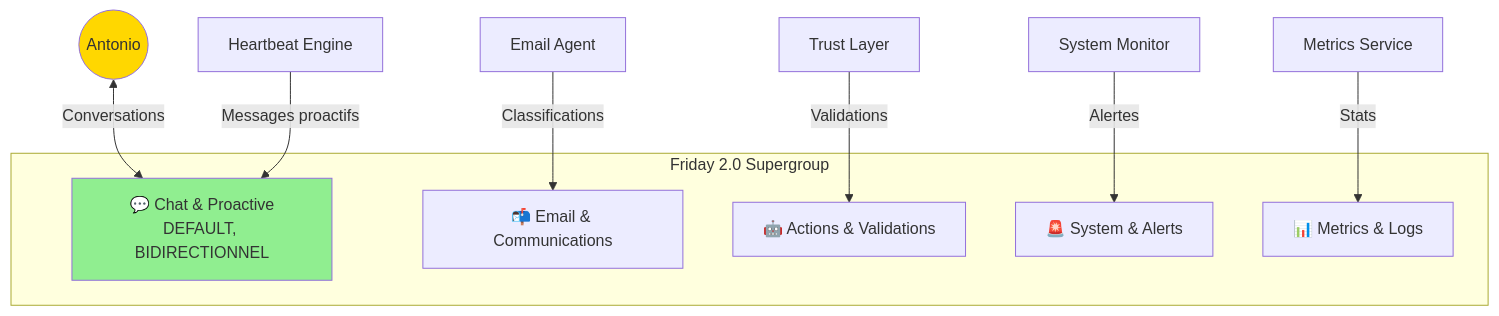
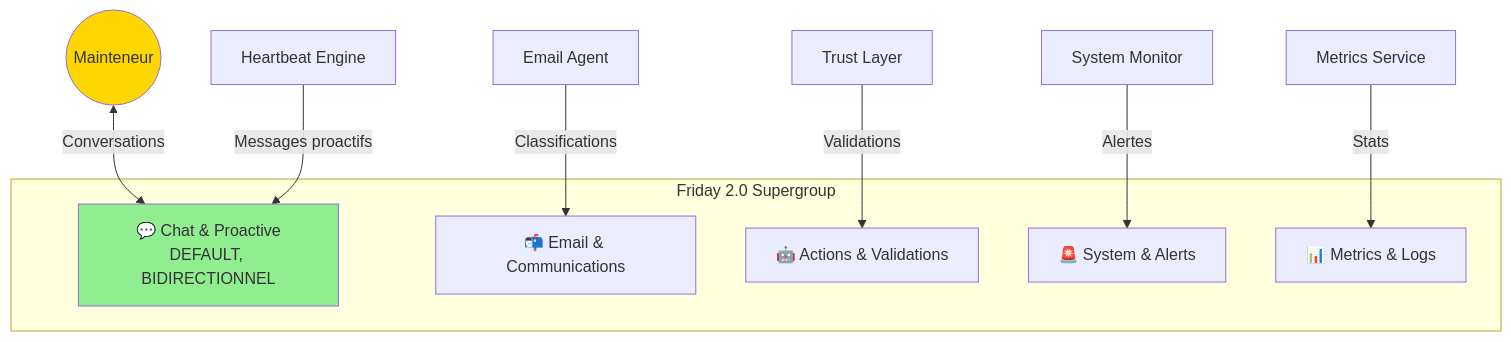
Before and after one commit to Masterplan16/Friday-2.0: the diagram in _docs/architecture-addendum-20260205.md, drawn with Mermaid. The commit also changed other lines of this file and 42 other files, not shown here.

````diff
--- a/_docs/architecture-addendum-20260205.md
+++ b/_docs/architecture-addendum-20260205.md
@@ -861,20 +861,20 @@
 ```mermaid
 graph TB
     subgraph "Friday 2.0 Supergroup"
         T1[💬 Chat & Proactive<br/>DEFAULT, BIDIRECTIONNEL]
         T2[📬 Email & Communications]
         T3[🤖 Actions & Validations]
         T4[🚨 System & Alerts]
         T5[📊 Metrics & Logs]
     end
 
-    Antonio((Antonio)) <-->|Conversations| T1
+    Mainteneur((Mainteneur)) <-->|Conversations| T1
     Heartbeat[Heartbeat Engine] -->|Messages proactifs| T1
     EmailAgent[Email Agent] -->|Classifications| T2
     TrustLayer[Trust Layer] -->|Validations| T3
     Monitor[System Monitor] -->|Alertes| T4
     Metrics[Metrics Service] -->|Stats| T5
 
     style T1 fill:#90EE90
-    style Antonio fill:#FFD700
+    style Mainteneur fill:#FFD700
 ```
````
